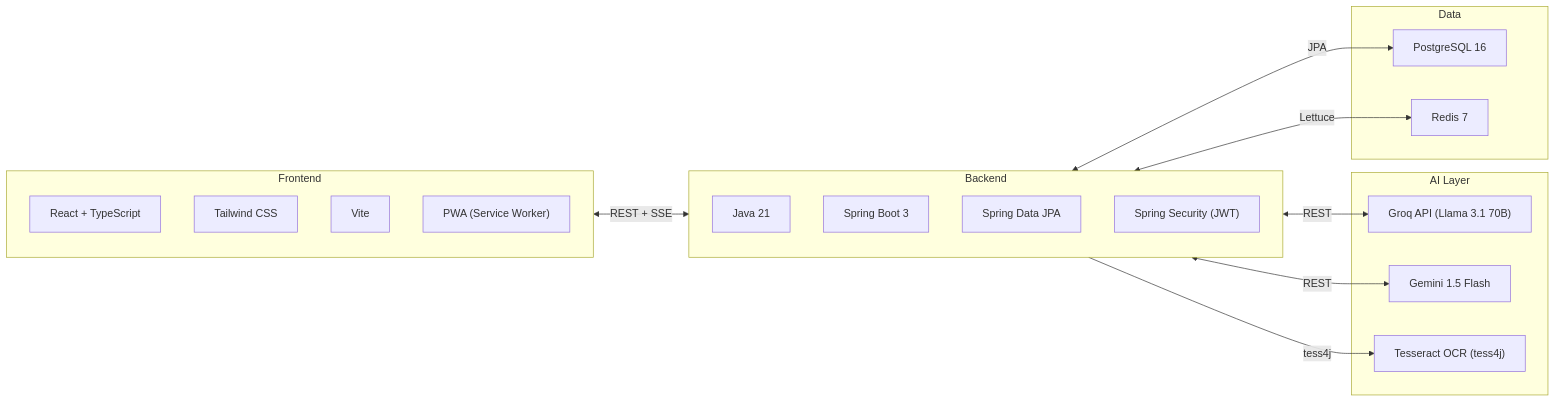
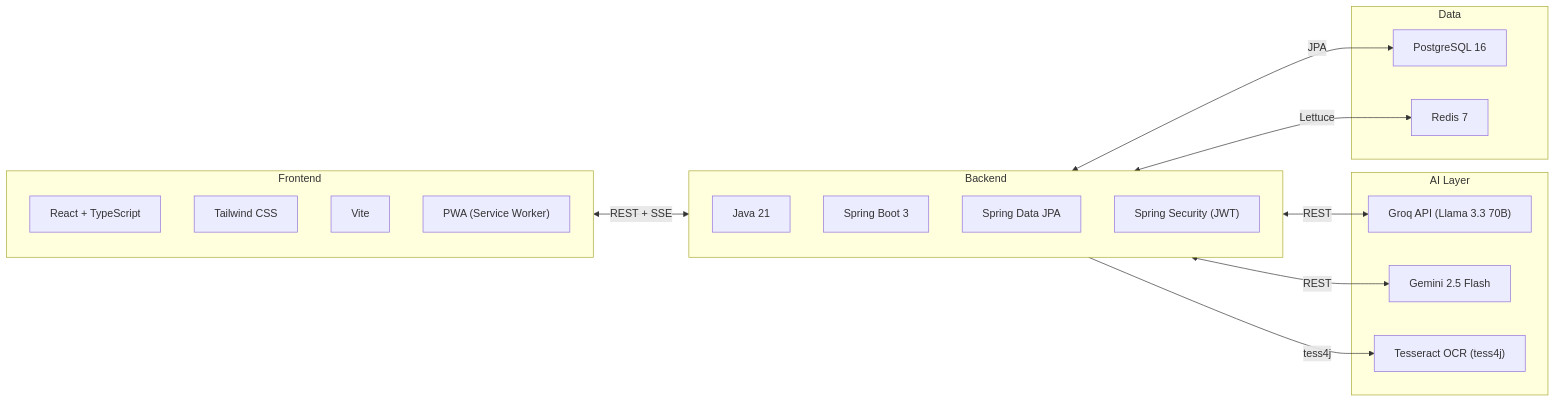
The first of 5 diagrams in docs/README.md (botmaksim/lingua-optima), drawn with Mermaid before and after one commit. The commit also changed other lines of this file and 24 other files, not shown here.

````diff
--- a/docs/README.md
+++ b/docs/README.md
@@ -74,34 +74,34 @@
 ```mermaid
 flowchart LR
     subgraph FE ["Frontend"]
         React["React + TypeScript"]
         TW["Tailwind CSS"]
         Vite["Vite"]
         PWA["PWA (Service Worker)"]
     end
 
     subgraph BE ["Backend"]
         Java["Java 21"]
         Spring["Spring Boot 3"]
         JPA["Spring Data JPA"]
         Sec["Spring Security (JWT)"]
     end
 
     subgraph AI ["AI Layer"]
-        Groq["Groq API (Llama 3.1 70B)"]
-        Gemini["Gemini 1.5 Flash"]
+        Groq["Groq API (Llama 3.3 70B)"]
+        Gemini["Gemini 2.5 Flash"]
         Tess["Tesseract OCR (tess4j)"]
     end
 
     subgraph DB ["Data"]
         PG["PostgreSQL 16"]
         RD["Redis 7"]
     end
 
     FE <-->|"REST + SSE"| BE
     BE <-->|"JPA"| PG
     BE <-->|"Lettuce"| RD
     BE <-->|"REST"| Groq
     BE <-->|"REST"| Gemini
     BE -->|"tess4j"| Tess
 ```
````
